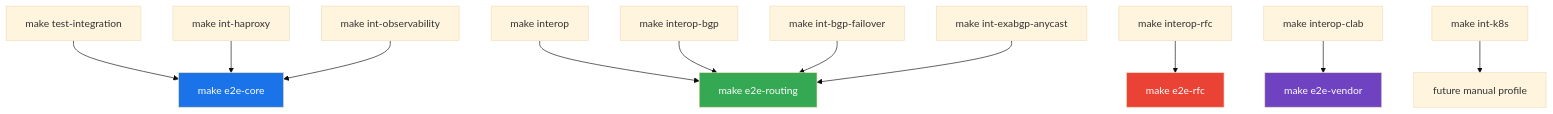
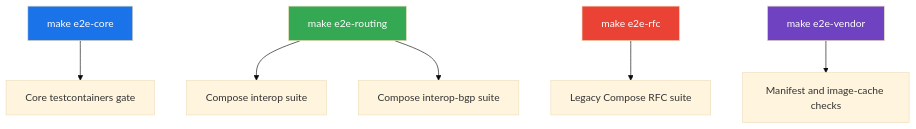
The diagram in test/e2e/targets.md (dantte-lp/gobfd), drawn with Mermaid (base theme) before and after one commit. The commit also changed other lines of this file and 32 other files, not shown here.

````diff
--- a/test/e2e/targets.md
+++ b/test/e2e/targets.md
@@ -30,18 +39,13 @@
 ```mermaid
 graph TD
-    TI["make test-integration"] --> CORE["make e2e-core"]
-    I["make interop"] --> ROUTING["make e2e-routing"]
-    IB["make interop-bgp"] --> ROUTING
-    IR["make interop-rfc"] --> RFC["make e2e-rfc"]
-    CLAB["make interop-clab"] --> VENDOR["make e2e-vendor"]
-    BGP["make int-bgp-failover"] --> ROUTING
-    HAP["make int-haproxy"] --> CORE
-    OBS["make int-observability"] --> CORE
-    EXA["make int-exabgp-anycast"] --> ROUTING
-    K8S["make int-k8s"] --> MANUAL["future manual profile"]
+    CORE["make e2e-core"] --> CT["Core testcontainers gate"]
+    ROUTING["make e2e-routing"] --> BASE["Compose interop suite"]
+    ROUTING --> BGP["Compose interop-bgp suite"]
+    RFC["make e2e-rfc"] --> RFCT["Legacy Compose RFC suite"]
+    VENDOR["make e2e-vendor"] --> VM["Manifest and image-cache checks"]
 
     style CORE fill:#1a73e8,color:#fff
     style ROUTING fill:#34a853,color:#fff
     style RFC fill:#ea4335,color:#fff
     style VENDOR fill:#6f42c1,color:#fff
 ```
````
